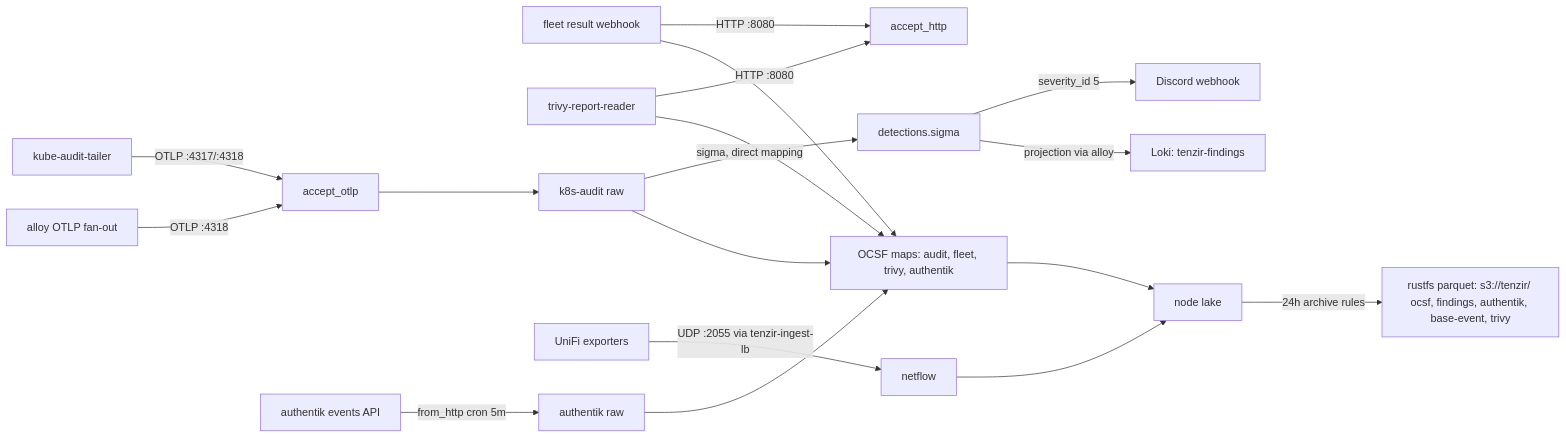
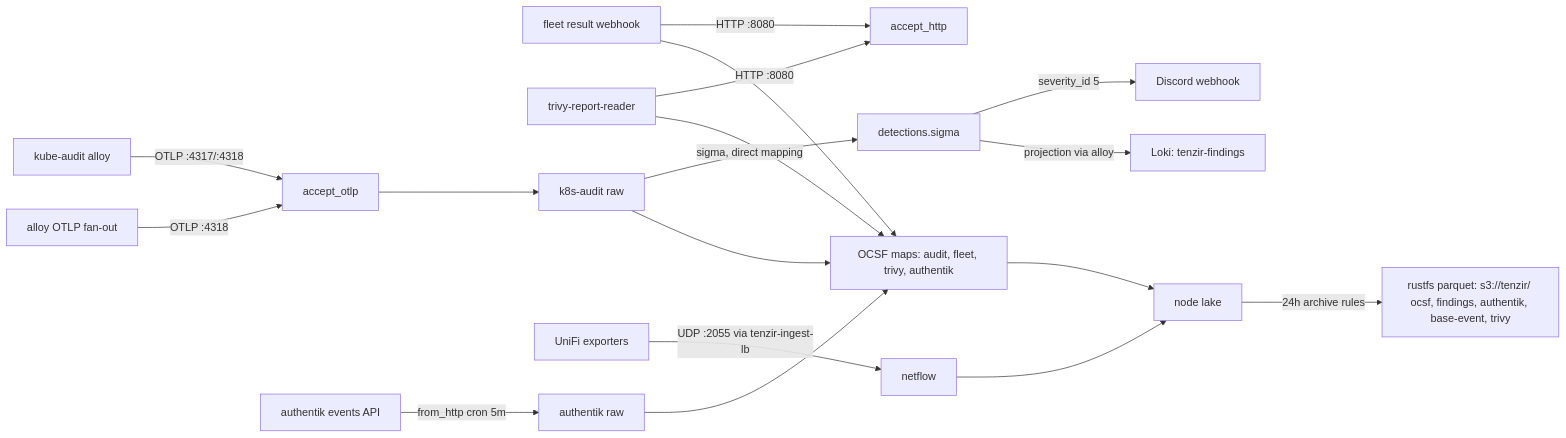
The diagram in flux/manifests/03-services/observability/tenzir/core/README.md (Apocrathia/homelab), drawn with Mermaid before and after one commit. The commit also changed other lines of this file and 27 other files, not shown here.

First line of the commit message:
refactor(observability): fold the tailer releases into alloy/

````diff
--- a/flux/manifests/03-services/observability/tenzir/core/README.md
+++ b/flux/manifests/03-services/observability/tenzir/core/README.md
@@ -27,21 +27,21 @@
 ```mermaid
 flowchart LR
-    KAT[kube-audit-tailer] -->|"OTLP :4317/:4318"| AO[accept_otlp]
+    KAT[kube-audit alloy] -->|"OTLP :4317/:4318"| AO[accept_otlp]
     ALY["alloy OTLP fan-out"] -->|"OTLP :4318"| AO
     FRW["fleet result webhook"] -->|"HTTP :8080"| AH[accept_http]
     TRR[trivy-report-reader] -->|"HTTP :8080"| AH
     AKE["authentik events API"] -->|"from_http cron 5m"| AR["authentik raw"]
     UE["UniFi exporters"] -->|"UDP :2055 via tenzir-ingest-lb"| NF[netflow]
 
     AO --> KR["k8s-audit raw"]
     KR -->|"sigma, direct mapping"| SIG[detections.sigma]
     SIG -->|"severity_id 5"| DSC["Discord webhook"]
     SIG -->|"projection via alloy"| LOKI["Loki: tenzir-findings"]
     KR --> MAP["OCSF maps: audit, fleet, trivy, authentik"]
     AR --> MAP
     FRW --> MAP
     TRR --> MAP
     NF --> LAKE["node lake"]
     MAP --> LAKE
     LAKE -->|"24h archive rules"| S3["rustfs parquet: s3://tenzir/ ocsf, findings, authentik, base-event, trivy"]
 ```
````
